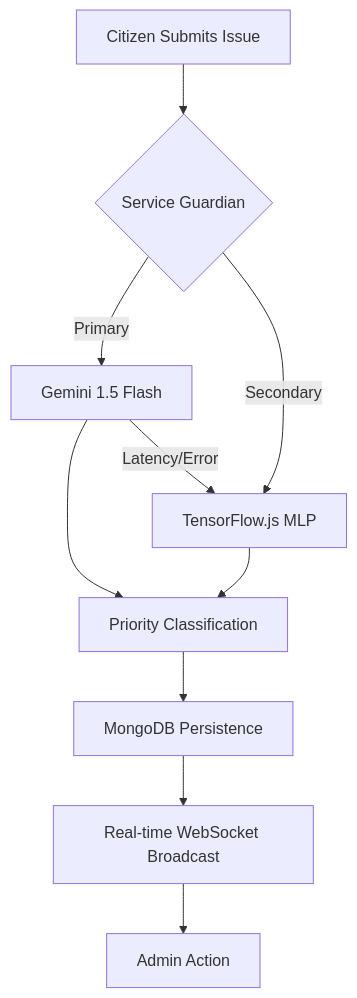
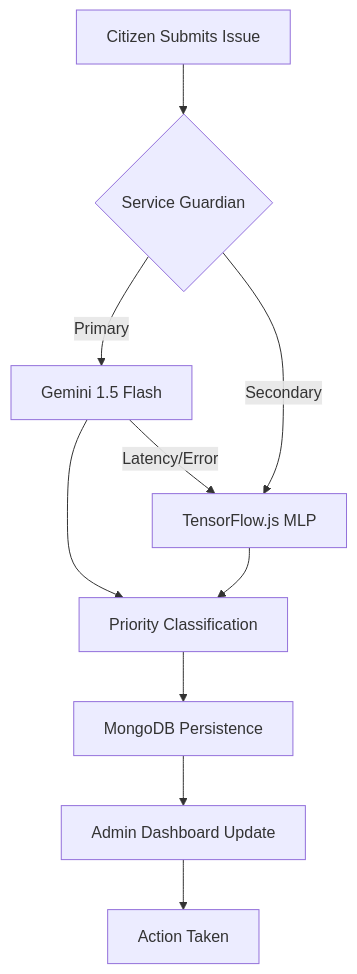
One commit to K-ShashankChowdary/CivicConnect changed the first of 2 diagrams in README.md. Above: the diagram before and after it, drawn with Mermaid. The commit also changed other lines of this file, not shown here.

````diff
--- a/README.md
+++ b/README.md
@@ -43,12 +42,12 @@
 ```mermaid
 graph TD
   A[Citizen Submits Issue] --> B{Service Guardian}
   B -->|Primary| C[Gemini 1.5 Flash]
   C -->|Latency/Error| D[TensorFlow.js MLP]
   B -->|Secondary| D
   C --> E[Priority Classification]
   D --> E
   E --> F[MongoDB Persistence]
-  F --> G[Real-time WebSocket Broadcast]
-  G --> H[Admin Action]
+  F --> G[Admin Dashboard Update]
+  G --> H[Action Taken]
 ```
````
